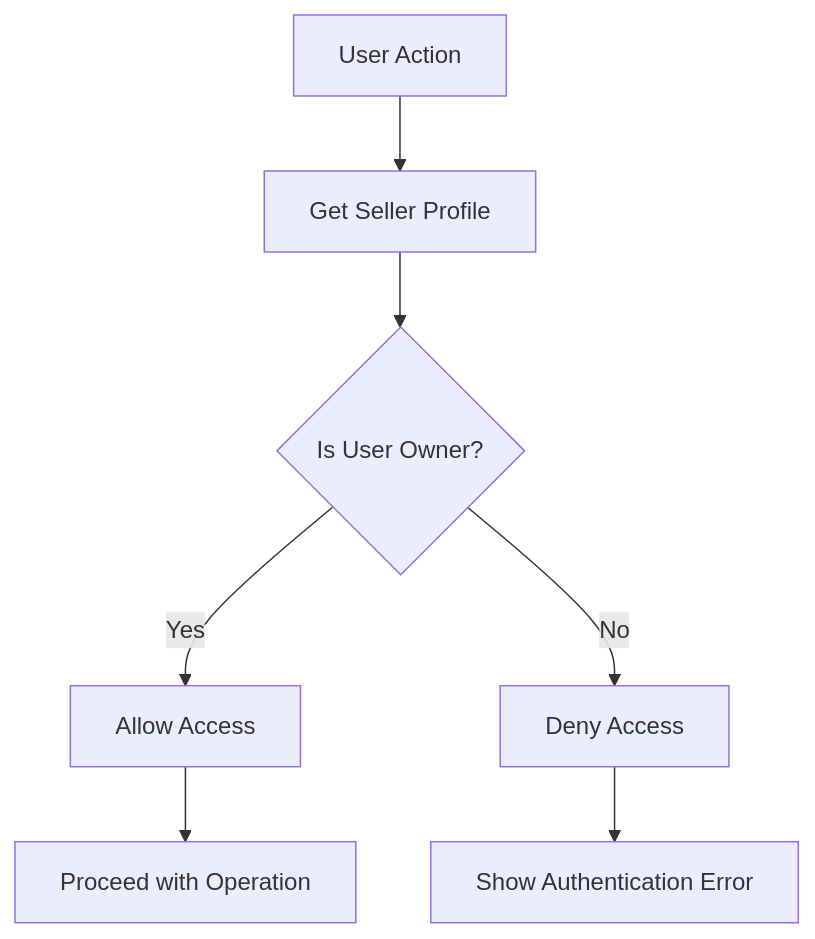
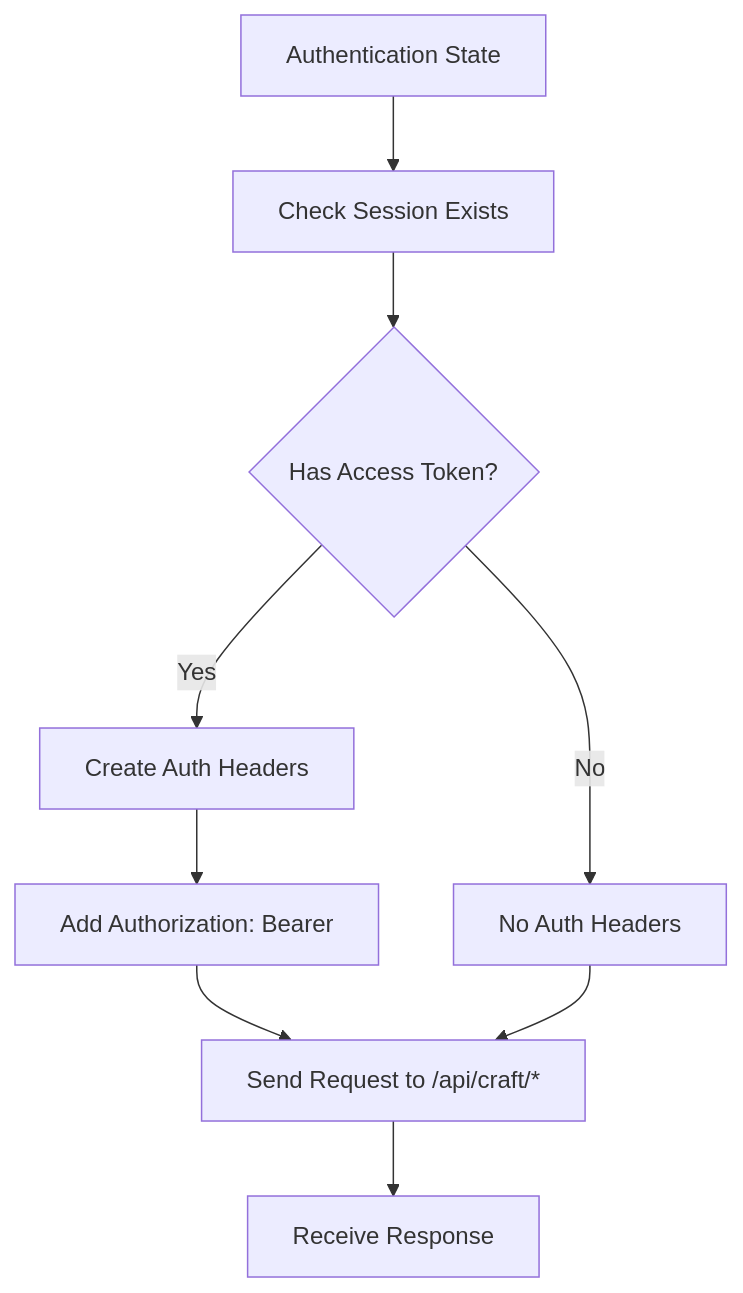
Before and after one commit to hunglevi87/Hidden-Gem: the tenth of 13 diagrams in .qoder/repowiki/en/content/User Management/Authentication System.md, drawn with Mermaid. The commit also changed other lines of this file and 14 other files, not shown here.

````diff
--- a/.qoder/repowiki/en/content/User Management/Authentication System.md
+++ b/.qoder/repowiki/en/content/User Management/Authentication System.md
@@ -408,9 +448,11 @@
 ```mermaid
 flowchart TD
-UserAction["User Action"] --> GetSeller["Get Seller Profile"]
-GetSeller --> ValidateOwnership{"Is User Owner?"}
-ValidateOwnership --> |Yes| AllowAccess["Allow Access"]
-ValidateOwnership --> |No| DenyAccess["Deny Access"]
-AllowAccess --> Proceed["Proceed with Operation"]
-DenyAccess --> ShowError["Show Authentication Error"]
+AuthState["Authentication State"] --> CheckSession["Check Session Exists"]
+CheckSession --> HasSession{"Has Access Token?"}
+HasSession --> |No| NoAuth["No Auth Headers"]
+HasSession --> |Yes| CreateHeaders["Create Auth Headers"]
+CreateHeaders --> AddBearer["Add Authorization: Bearer <token>"]
+AddBearer --> SendRequest["Send Request to /api/craft/*"]
+NoAuth --> SendRequest
+SendRequest --> ReceiveResponse["Receive Response"]
 ```
````
